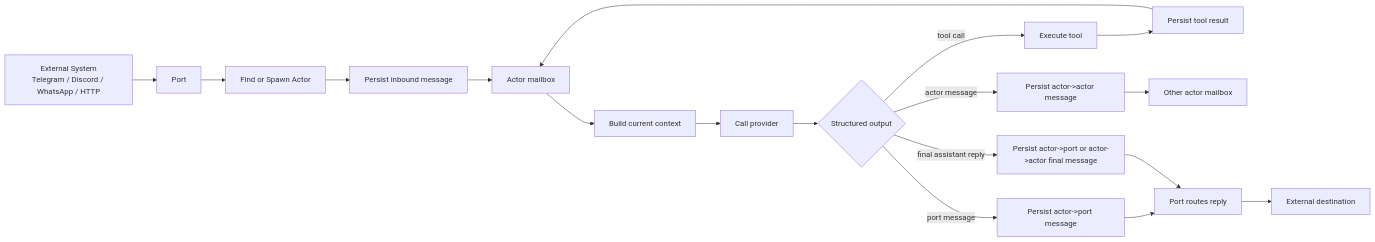
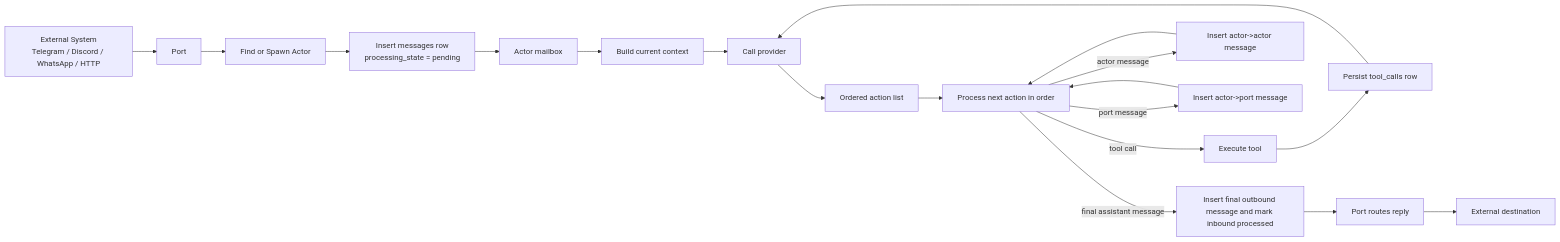
The first of 5 diagrams in docs/rfds/RFD0033-system-snapshot-v0.1.md (leostera/agents), drawn with Mermaid before and after one commit. The commit also changed other lines of this file, not shown here.

````diff
--- a/docs/rfds/RFD0033-system-snapshot-v0.1.md
+++ b/docs/rfds/RFD0033-system-snapshot-v0.1.md
@@ -179,20 +195,21 @@
 ```mermaid
 flowchart LR
     EXT[External System<br/>Telegram / Discord / WhatsApp / HTTP] --> PORT[Port]
     PORT --> BIND[Find or Spawn Actor]
-    BIND --> MSGIN[Persist inbound message]
+    BIND --> MSGIN[Insert messages row<br/>processing_state = pending]
     MSGIN --> ACTOR[Actor mailbox]
     ACTOR --> CTX[Build current context]
     CTX --> LLM[Call provider]
-    LLM --> DECIDE{Structured output}
-    DECIDE -->|tool call| TOOL[Execute tool]
-    TOOL --> TOOLMSG[Persist tool result]
-    TOOLMSG --> ACTOR
-    DECIDE -->|actor message| AMSG[Persist actor->actor message]
-    AMSG --> ACTOR2[Other actor mailbox]
-    DECIDE -->|port message| OUTMSG[Persist actor->port message]
-    OUTMSG --> PORTOUT[Port routes reply]
+    LLM --> ACTIONS[Ordered action list]
+    ACTIONS --> STEP[Process next action in order]
+    STEP -->|tool call| TOOL[Execute tool]
+    TOOL --> TOOLREC[Persist tool_calls row]
+    TOOLREC --> LLM
+    STEP -->|actor message| AMSG[Insert actor->actor message]
+    AMSG --> STEP
+    STEP -->|port message| OUTMSG[Insert actor->port message]
+    OUTMSG --> STEP
+    STEP -->|final assistant message| FINAL[Insert final outbound message and mark inbound processed]
+    FINAL --> PORTOUT[Port routes reply]
     PORTOUT --> EXT2[External destination]
-    DECIDE -->|final assistant reply| FINAL[Persist actor->port or actor->actor final message]
-    FINAL --> PORTOUT
 ```
````
